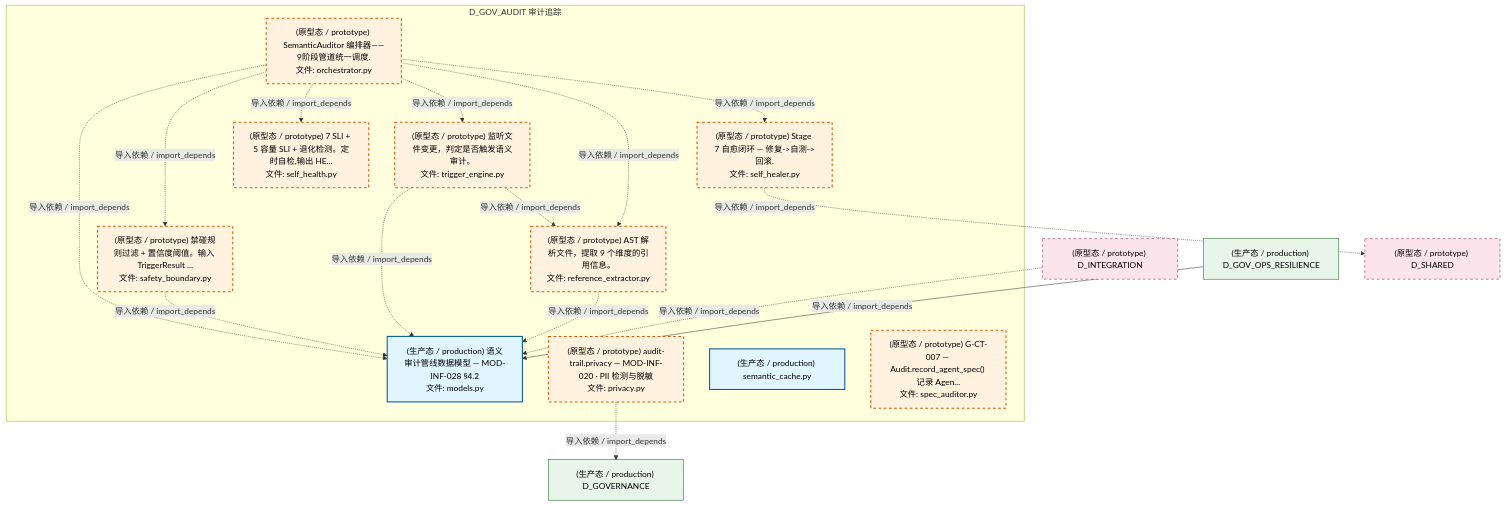
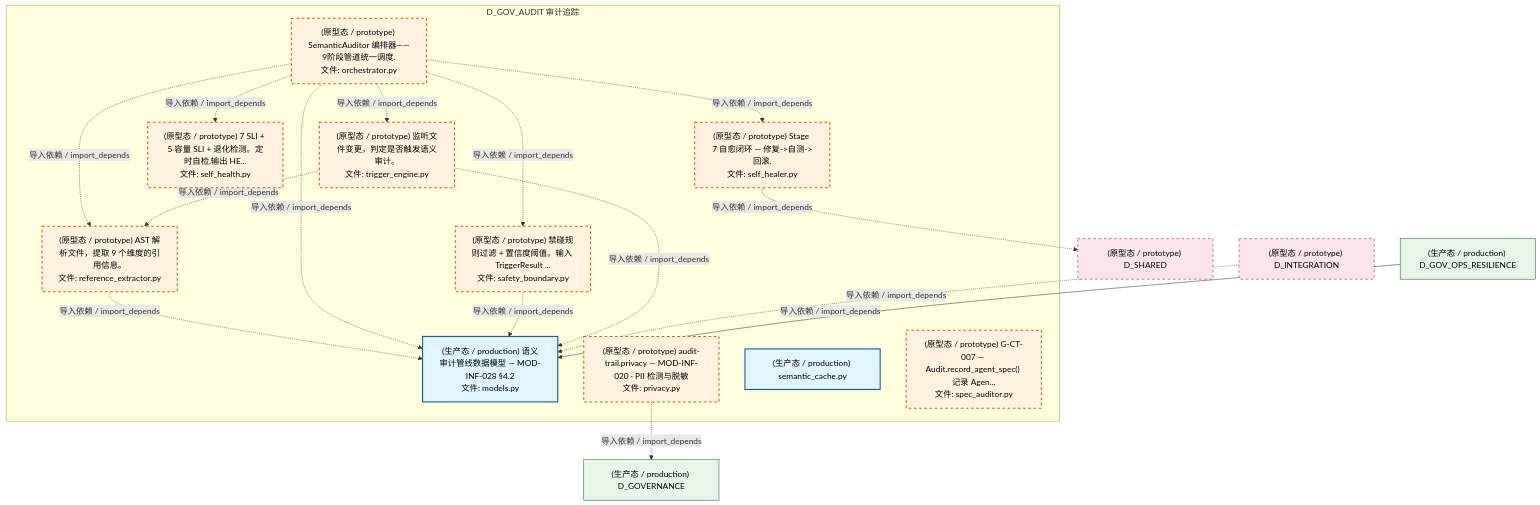
The fourth of 8 diagrams in docs/02_enterprise_architecture/02_domain_architecture_docs/39_d_gov_audit.md (xuanFelixVan/ZephyrAlpha), drawn with Mermaid before and after one commit. The commit also changed other lines of this file and 101 other files, not shown here.

````diff
--- a/docs/02_enterprise_architecture/02_domain_architecture_docs/39_d_gov_audit.md
+++ b/docs/02_enterprise_architecture/02_domain_architecture_docs/39_d_gov_audit.md
@@ -450,41 +451,41 @@
 ```mermaid
 graph TD
     subgraph D_GOV_AUDIT["D_GOV_AUDIT 审计追踪"]
         src_zephyr_governance_semantic_audit_models_py["(生产态 / production) 语义审计管线数据模型 — MOD-INF-028 §4.2<br/>文件: models.py"]
         src_zephyr_governance_semantic_audit_orchestrator_py["(原型态 / prototype) SemanticAuditor 编排器——9阶段管道统一调度.<br/>文件: orchestrator.py"]
         src_zephyr_governance_semantic_audit_privacy_py["(原型态 / prototype) audit-trail.privacy — MOD-INF-020 · PII 检测与脱敏<br/>文件: privacy.py"]
         src_zephyr_governance_semantic_audit_reference_extractor_py["(原型态 / prototype) AST 解析文件，提取 9 个维度的引用信息。<br/>文件: reference_extractor.py"]
         src_zephyr_governance_semantic_audit_safety_boundary_py["(原型态 / prototype) 禁碰规则过滤 + 置信度阈值。输入 TriggerResult ...<br/>文件: safety_boundary.py"]
         src_zephyr_governance_semantic_audit_self_healer_py["(原型态 / prototype) Stage 7 自愈闭环 — 修复->自测->回滚.<br/>文件: self_healer.py"]
         src_zephyr_governance_semantic_audit_self_health_py["(原型态 / prototype) 7 SLI + 5 容量 SLI + 退化检测。定时自检,输出 HE...<br/>文件: self_health.py"]
         src_zephyr_governance_semantic_audit_semantic_cache_py["(生产态 / production) semantic_cache.py"]
         src_zephyr_governance_semantic_audit_spec_auditor_py["(原型态 / prototype) G-CT-007 — Audit.record_agent_spec() 记录 Agen...<br/>文件: spec_auditor.py"]
         src_zephyr_governance_semantic_audit_trigger_engine_py["(原型态 / prototype) 监听文件变更，判定是否触发语义审计。<br/>文件: trigger_engine.py"]
     end
-    src_zephyr_governance_semantic_audit_safety_boundary_py -.->|导入依赖 / import_depends| src_zephyr_governance_semantic_audit_models_py
+    src_zephyr_governance_semantic_audit_reference_extractor_py -.->|导入依赖 / import_depends| src_zephyr_governance_semantic_audit_models_py
     src_zephyr_governance_semantic_audit_orchestrator_py -.->|导入依赖 / import_depends| src_zephyr_governance_semantic_audit_models_py
+    src_zephyr_governance_semantic_audit_orchestrator_py -.->|导入依赖 / import_depends| src_zephyr_governance_semantic_audit_reference_extractor_py
     src_zephyr_governance_semantic_audit_orchestrator_py -.->|导入依赖 / import_depends| src_zephyr_governance_semantic_audit_safety_boundary_py
+    src_zephyr_governance_semantic_audit_orchestrator_py -.->|导入依赖 / import_depends| src_zephyr_governance_semantic_audit_self_healer_py
     src_zephyr_governance_semantic_audit_orchestrator_py -.->|导入依赖 / import_depends| src_zephyr_governance_semantic_audit_self_health_py
     src_zephyr_governance_semantic_audit_orchestrator_py -.->|导入依赖 / import_depends| src_zephyr_governance_semantic_audit_trigger_engine_py
-    src_zephyr_governance_semantic_audit_orchestrator_py -.->|导入依赖 / import_depends| src_zephyr_governance_semantic_audit_reference_extractor_py
-    src_zephyr_governance_semantic_audit_orchestrator_py -.->|导入依赖 / import_depends| src_zephyr_governance_semantic_audit_self_healer_py
+    src_zephyr_governance_semantic_audit_safety_boundary_py -.->|导入依赖 / import_depends| src_zephyr_governance_semantic_audit_models_py
     src_zephyr_governance_semantic_audit_trigger_engine_py -.->|导入依赖 / import_depends| src_zephyr_governance_semantic_audit_models_py
     src_zephyr_governance_semantic_audit_trigger_engine_py -.->|导入依赖 / import_depends| src_zephyr_governance_semantic_audit_reference_extractor_py
-    src_zephyr_governance_semantic_audit_reference_extractor_py -.->|导入依赖 / import_depends| src_zephyr_governance_semantic_audit_models_py
     D_GOVERNANCE["(生产态 / production) D_GOVERNANCE"]
     src_zephyr_governance_semantic_audit_privacy_py -.->|导入依赖 / import_depends| D_GOVERNANCE
     D_SHARED["(原型态 / prototype) D_SHARED"]
     src_zephyr_governance_semantic_audit_self_healer_py -.->|导入依赖 / import_depends| D_SHARED
     D_INTEGRATION["(原型态 / prototype) D_INTEGRATION"]
     D_INTEGRATION -.->|导入依赖 / import_depends| src_zephyr_governance_semantic_audit_models_py
     D_GOV_OPS_RESILIENCE["(生产态 / production) D_GOV_OPS_RESILIENCE"]
     D_GOV_OPS_RESILIENCE -->|导入依赖 / import_depends| src_zephyr_governance_semantic_audit_models_py
     classDef production fill:#e1f5fe,stroke:#01579b,stroke-width:2px,color:#000
     classDef design fill:#fff3e0,stroke:#e65100,stroke-width:2px,color:#000,stroke-dasharray: 5 5
     classDef external_prod fill:#e8f5e9,stroke:#1b5e20,stroke-width:1px,color:#000
     classDef external_design fill:#fce4ec,stroke:#880e4f,stroke-width:1px,color:#000,stroke-dasharray: 5 5
     class src_zephyr_governance_semantic_audit_models_py,src_zephyr_governance_semantic_audit_semantic_cache_py production
     class src_zephyr_governance_semantic_audit_orchestrator_py,src_zephyr_governance_semantic_audit_privacy_py,src_zephyr_governance_semantic_audit_reference_extractor_py,src_zephyr_governance_semantic_audit_safety_boundary_py,src_zephyr_governance_semantic_audit_self_healer_py,src_zephyr_governance_semantic_audit_self_health_py,src_zephyr_governance_semantic_audit_spec_auditor_py,src_zephyr_governance_semantic_audit_trigger_engine_py design
     class D_GOVERNANCE,D_GOV_OPS_RESILIENCE external_prod
     class D_SHARED,D_INTEGRATION external_design
 ```
````
